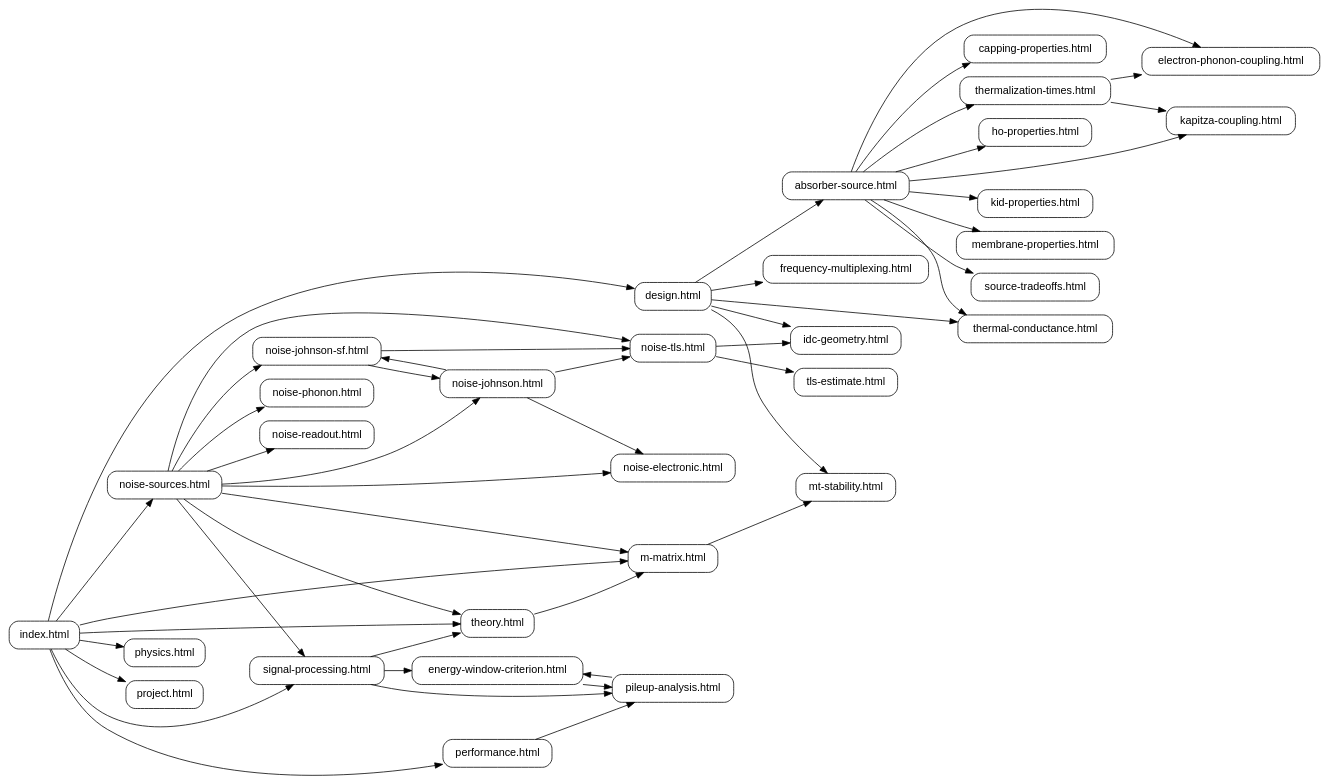
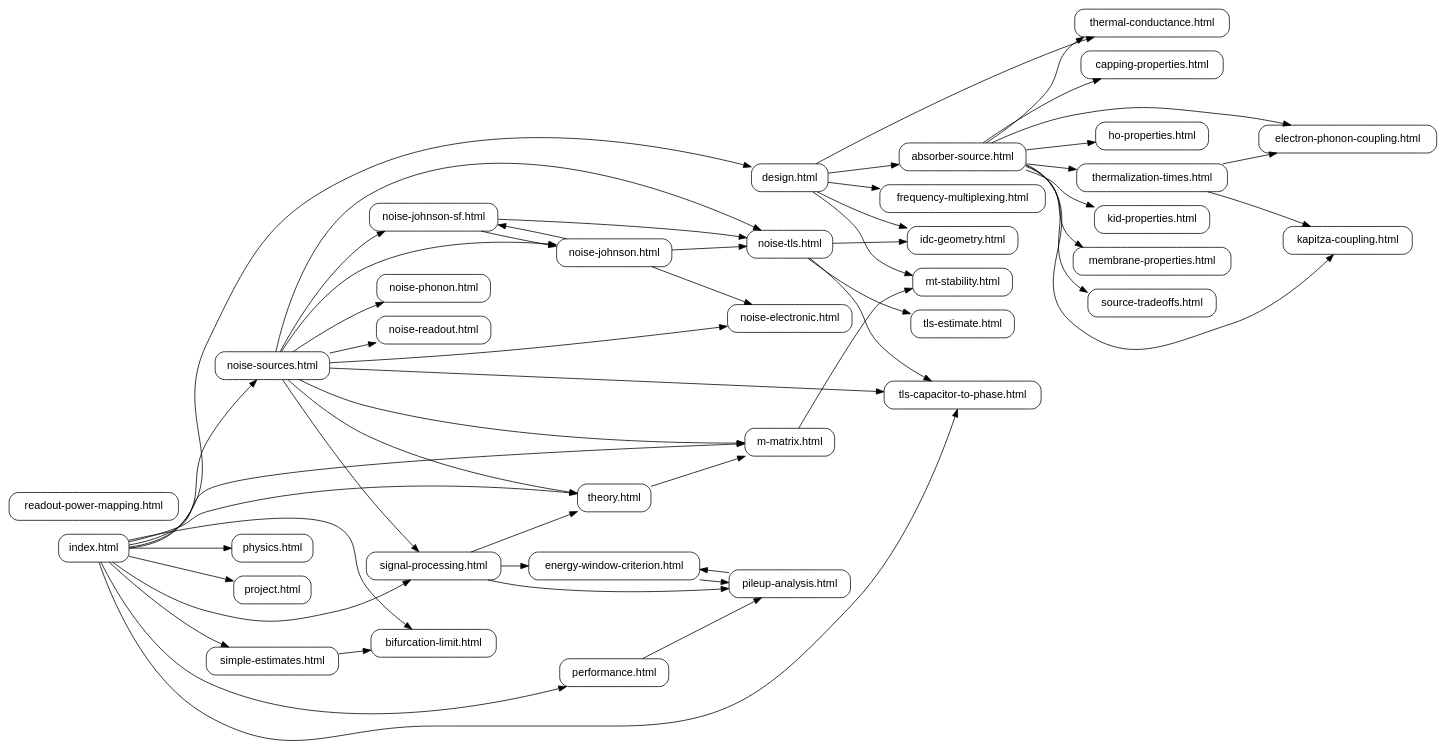
The diagram in wiki/wiki-links.dot (malindeman1999/neutrino-simple-abs), drawn with Graphviz before and after one commit. The commit also changed 12 other files, not shown here.

```diff
--- a/wiki/wiki-links.dot
+++ b/wiki/wiki-links.dot
@@ -1,85 +1,95 @@
 digraph wiki {
   rankdir=LR;
   graph [fontname="Helvetica"];
   node [shape=box, style=rounded, fontname="Helvetica"];
   edge [fontname="Helvetica"];
   "absorber-source.html";
+  "bifurcation-limit.html";
   "capping-properties.html";
   "design.html";
   "electron-phonon-coupling.html";
   "energy-window-criterion.html";
   "frequency-multiplexing.html";
   "ho-properties.html";
   "idc-geometry.html";
   "index.html";
   "kapitza-coupling.html";
   "kid-properties.html";
   "m-matrix.html";
   "membrane-properties.html";
   "mt-stability.html";
   "noise-electronic.html";
   "noise-johnson-sf.html";
   "noise-johnson.html";
   "noise-phonon.html";
   "noise-readout.html";
   "noise-sources.html";
   "noise-tls.html";
   "performance.html";
   "physics.html";
   "pileup-analysis.html";
   "project.html";
+  "readout-power-mapping.html";
   "signal-processing.html";
+  "simple-estimates.html";
   "source-tradeoffs.html";
   "theory.html";
   "thermal-conductance.html";
   "thermalization-times.html";
+  "tls-capacitor-to-phase.html";
   "tls-estimate.html";
   "absorber-source.html" -> "capping-properties.html";
   "absorber-source.html" -> "electron-phonon-coupling.html";
   "absorber-source.html" -> "ho-properties.html";
   "absorber-source.html" -> "kapitza-coupling.html";
   "absorber-source.html" -> "kid-properties.html";
   "absorber-source.html" -> "membrane-properties.html";
   "absorber-source.html" -> "source-tradeoffs.html";
   "absorber-source.html" -> "thermal-conductance.html";
   "absorber-source.html" -> "thermalization-times.html";
   "design.html" -> "absorber-source.html";
   "design.html" -> "frequency-multiplexing.html";
   "design.html" -> "idc-geometry.html";
   "design.html" -> "mt-stability.html";
   "design.html" -> "thermal-conductance.html";
   "energy-window-criterion.html" -> "pileup-analysis.html";
+  "index.html" -> "bifurcation-limit.html";
   "index.html" -> "design.html";
   "index.html" -> "m-matrix.html";
   "index.html" -> "noise-sources.html";
   "index.html" -> "performance.html";
   "index.html" -> "physics.html";
   "index.html" -> "project.html";
   "index.html" -> "signal-processing.html";
+  "index.html" -> "simple-estimates.html";
   "index.html" -> "theory.html";
+  "index.html" -> "tls-capacitor-to-phase.html";
   "m-matrix.html" -> "mt-stability.html";
   "noise-johnson-sf.html" -> "noise-johnson.html";
   "noise-johnson-sf.html" -> "noise-tls.html";
   "noise-johnson.html" -> "noise-electronic.html";
   "noise-johnson.html" -> "noise-johnson-sf.html";
   "noise-johnson.html" -> "noise-tls.html";
   "noise-sources.html" -> "m-matrix.html";
   "noise-sources.html" -> "noise-electronic.html";
   "noise-sources.html" -> "noise-johnson-sf.html";
   "noise-sources.html" -> "noise-johnson.html";
   "noise-sources.html" -> "noise-phonon.html";
   "noise-sources.html" -> "noise-readout.html";
   "noise-sources.html" -> "noise-tls.html";
   "noise-sources.html" -> "signal-processing.html";
   "noise-sources.html" -> "theory.html";
+  "noise-sources.html" -> "tls-capacitor-to-phase.html";
   "noise-tls.html" -> "idc-geometry.html";
+  "noise-tls.html" -> "tls-capacitor-to-phase.html";
   "noise-tls.html" -> "tls-estimate.html";
   "performance.html" -> "pileup-analysis.html";
   "pileup-analysis.html" -> "energy-window-criterion.html";
   "signal-processing.html" -> "energy-window-criterion.html";
   "signal-processing.html" -> "pileup-analysis.html";
   "signal-processing.html" -> "theory.html";
+  "simple-estimates.html" -> "bifurcation-limit.html";
   "theory.html" -> "m-matrix.html";
   "thermalization-times.html" -> "electron-phonon-coupling.html";
   "thermalization-times.html" -> "kapitza-coupling.html";
 }
```
